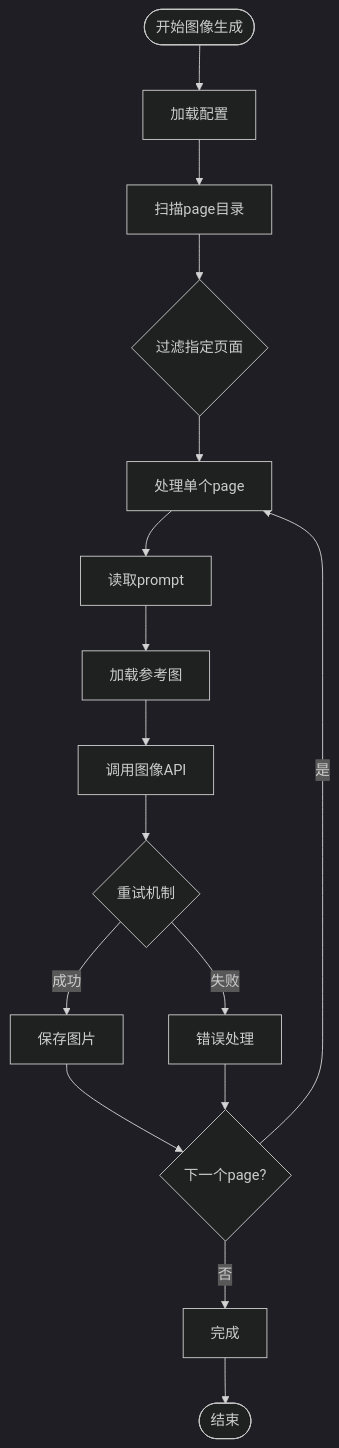
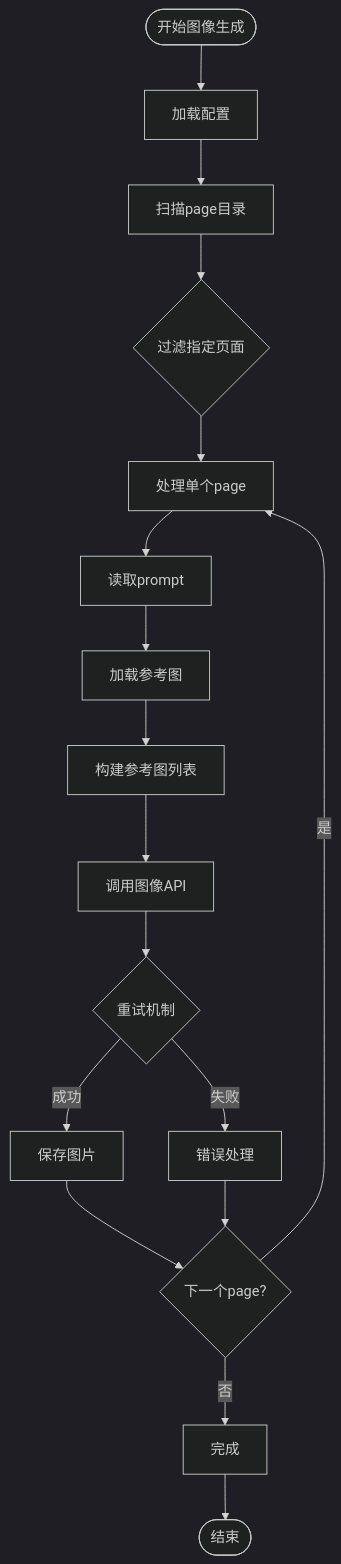
Before and after one commit to WongMingJiu/landingpage-test-hero-page: the fifth of 16 diagrams in .qoder/repowiki/zh/content/配置和定制/配置和定制.md, drawn with Mermaid (dark theme). The commit also changed other lines of this file and 6 other files, not shown here.

````diff
--- a/.qoder/repowiki/zh/content/配置和定制/配置和定制.md
+++ b/.qoder/repowiki/zh/content/配置和定制/配置和定制.md
@@ -227,18 +239,19 @@
 ```mermaid
 flowchart TD
 Start([开始图像生成]) --> LoadConfig[加载配置]
 LoadConfig --> ScanPages[扫描page目录]
 ScanPages --> FilterPages{过滤指定页面}
 FilterPages --> ProcessPage[处理单个page]
-ProcessPage --> LoadPrompt[读取prompt]
-LoadPrompt --> LoadRef[加载参考图]
-LoadRef --> CallAPI[调用图像API]
+ProcessPage --> ReadPrompt[读取prompt]
+ReadPrompt --> LoadRef[加载参考图]
+LoadRef --> BuildRefList[构建参考图列表]
+BuildRefList --> CallAPI[调用图像API]
 CallAPI --> Retry{重试机制}
 Retry --> |成功| SaveImage[保存图片]
 Retry --> |失败| Error[错误处理]
 SaveImage --> NextPage{下一个page?}
 NextPage --> |是| ProcessPage
 NextPage --> |否| Complete[完成]
 Error --> NextPage
 Complete --> End([结束])
 ```
````
